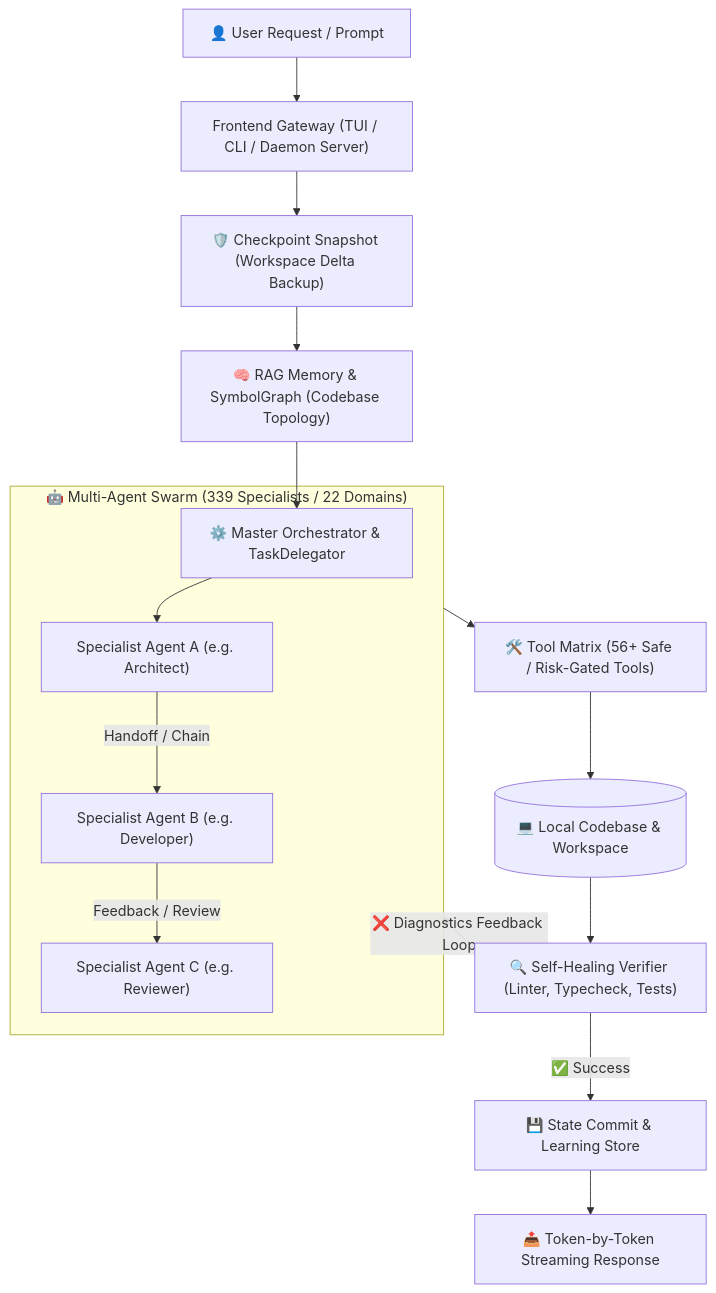
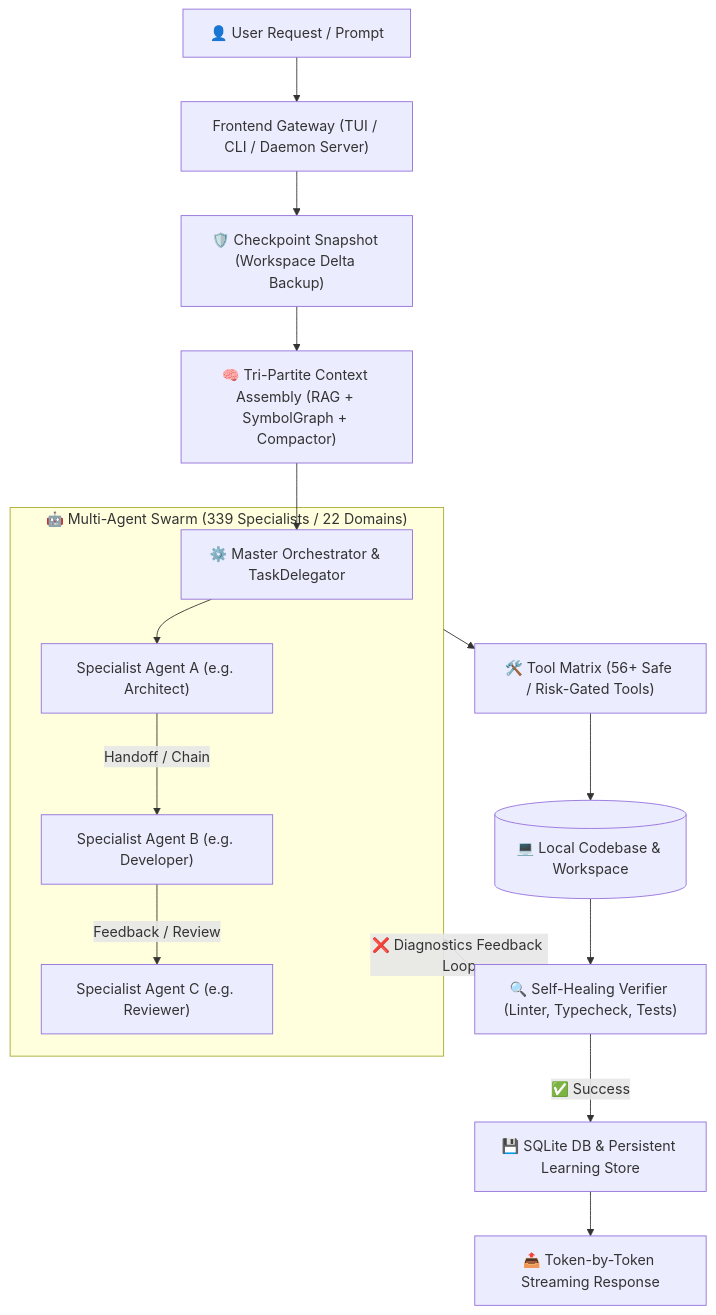
The first of 2 diagrams in docs/FLOWS.md (SAGO-AUTOMATES/SAGO-Agent), drawn with Mermaid before and after one commit. The commit also changed other lines of this file, not shown here.

Commit message:
docs: enrich FLOWS.md with DB architecture, failure prevention, and context providers

````diff
--- a/docs/FLOWS.md
+++ b/docs/FLOWS.md
@@ -26,21 +28,21 @@
 ```mermaid
 flowchart TD
     User["👤 User Request / Prompt"] --> Gateway["Frontend Gateway (TUI / CLI / Daemon Server)"]
     Gateway --> Checkpoint["🛡️ Checkpoint Snapshot (Workspace Delta Backup)"]
-    Checkpoint --> RAG["🧠 RAG Memory & SymbolGraph (Codebase Topology)"]
-    RAG --> Orchestrator["⚙️ Master Orchestrator & TaskDelegator"]
+    Checkpoint --> Context["🧠 Tri-Partite Context Assembly (RAG + SymbolGraph + Compactor)"]
+    Context --> Orchestrator["⚙️ Master Orchestrator & TaskDelegator"]
     
     subgraph Swarm["🤖 Multi-Agent Swarm (339 Specialists / 22 Domains)"]
         Orchestrator --> AgentA["Specialist Agent A (e.g. Architect)"]
         AgentA -->|Handoff / Chain| AgentB["Specialist Agent B (e.g. Developer)"]
         AgentB -->|Feedback / Review| AgentC["Specialist Agent C (e.g. Reviewer)"]
     end
     
     Swarm --> Tools["🛠️ Tool Matrix (56+ Safe / Risk-Gated Tools)"]
     Tools --> Codebase[("💻 Local Codebase & Workspace")]
     Codebase --> Verifier["🔍 Self-Healing Verifier (Linter, Typecheck, Tests)"]
     
     Verifier -->|❌ Diagnostics Feedback Loop| Swarm
-    Verifier -->|✅ Success| StateCommit["💾 State Commit & Learning Store"]
+    Verifier -->|✅ Success| StateCommit["💾 SQLite DB & Persistent Learning Store"]
     StateCommit --> Response["📤 Token-by-Token Streaming Response"]
 ```
````
